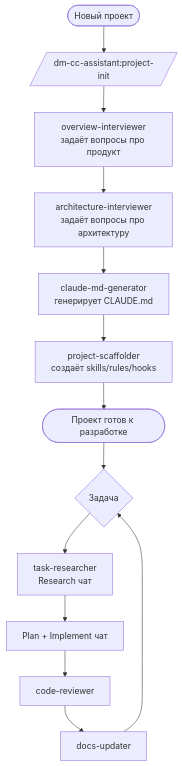
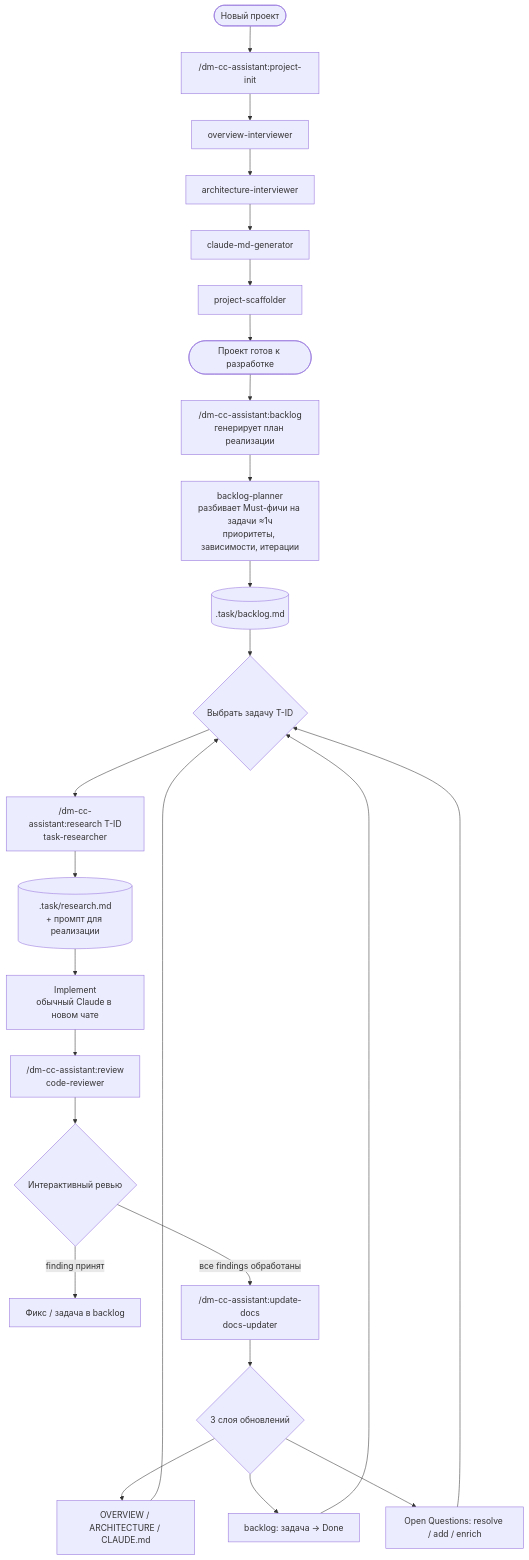
One commit to Dmatryus/dm-cc-assistant changed the diagram in OVERVIEW.md. Above: the diagram before and after it, drawn with Mermaid. The commit also changed other lines of this file and 14 other files, not shown here.

First line of the commit message:
feat: v0.2.0 — backlog + daily task cycle

````diff
--- a/OVERVIEW.md
+++ b/OVERVIEW.md
@@ -31,16 +31,29 @@
 ```mermaid
 flowchart TD
-    A([Новый проект]) --> B[/dm-cc-assistant:project-init/]
-    B --> C[overview-interviewer\nзадаёт вопросы про продукт]
-    C --> D[architecture-interviewer\nзадаёт вопросы про архитектуру]
-    D --> E[claude-md-generator\nгенерирует CLAUDE.md]
-    E --> F[project-scaffolder\nсоздаёт skills/rules/hooks]
+    A([Новый проект]) --> B["/dm-cc-assistant:project-init"]
+    B --> C[overview-interviewer]
+    C --> D[architecture-interviewer]
+    D --> E[claude-md-generator]
+    E --> F[project-scaffolder]
     F --> G([Проект готов к разработке])
 
-    G --> H{Задача}
-    H --> I[task-researcher\nResearch чат]
-    I --> J[Plan + Implement чат]
-    J --> K[code-reviewer]
-    K --> L[docs-updater]
-    L --> H
+    G --> BL["/dm-cc-assistant:backlog"\nгенерирует план реализации]
+    BL --> BP[backlog-planner\nразбивает Must-фичи на задачи ≈1ч\nприоритеты, зависимости, итерации]
+    BP --> BF[(.task/backlog.md)]
+
+    BF --> H{Выбрать задачу T-ID}
+    H --> R["/dm-cc-assistant:research T-ID"\ntask-researcher]
+    R --> RF[(.task/research.md\n+ промпт для реализации)]
+    RF --> I[Implement\nобычный Claude в новом чате]
+    I --> RV["/dm-cc-assistant:review"\ncode-reviewer]
+    RV --> RVF{Интерактивный ревью}
+    RVF -->|finding принят| FIX[Фикс / задача в backlog]
+    RVF -->|все findings обработаны| UD["/dm-cc-assistant:update-docs"\ndocs-updater]
+    UD --> UDF{3 слоя обновлений}
+    UDF --> D1[OVERVIEW / ARCHITECTURE / CLAUDE.md]
+    UDF --> D2[backlog: задача → Done]
+    UDF --> D3[Open Questions: resolve / add / enrich]
+    D1 --> H
+    D2 --> H
+    D3 --> H
 ```
````
